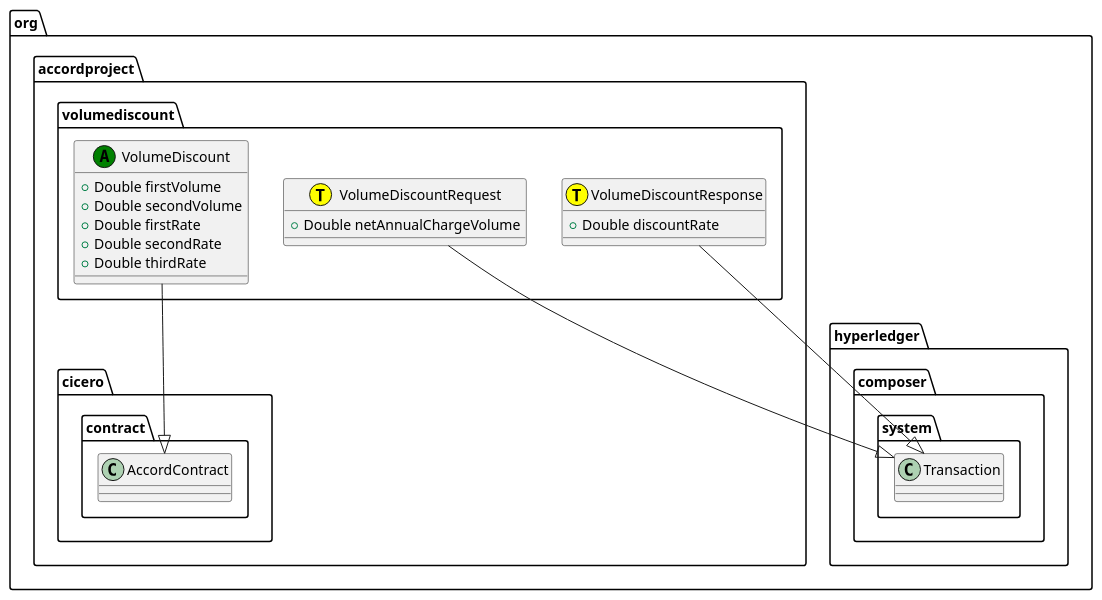
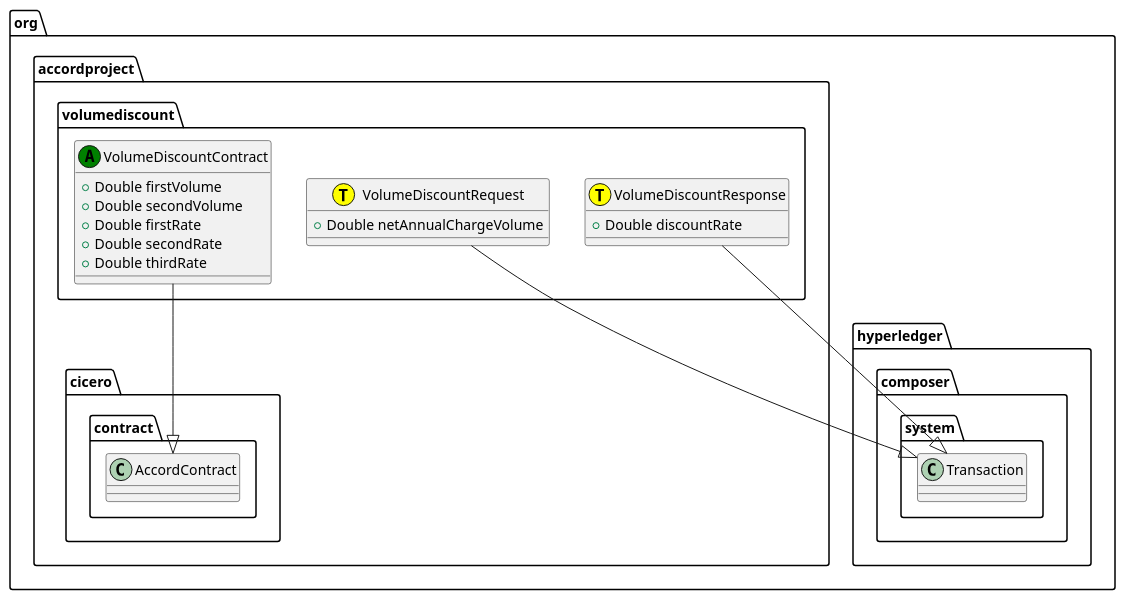
The diagram in build/volumediscount@0.2.0.puml (accordproject/cicero-template-library), drawn with PlantUML before and after one commit. The commit also changed 5 other files, not shown here.

Commit message:
(template) Add Ergo version for volume discount

```diff
--- a/build/volumediscount@0.2.0.puml
+++ b/build/volumediscount@0.2.0.puml
@@ -1,18 +1,18 @@
 @startuml
-class org.accordproject.volumediscount.VolumeDiscount << (A,green) >> {
+class org.accordproject.volumediscount.VolumeDiscountContract << (A,green) >> {
    + Double firstVolume
    + Double secondVolume
    + Double firstRate
    + Double secondRate
    + Double thirdRate
 }
-org.accordproject.volumediscount.VolumeDiscount --|> org.accordproject.cicero.contract.AccordContract
+org.accordproject.volumediscount.VolumeDiscountContract --|> org.accordproject.cicero.contract.AccordContract
 class org.accordproject.volumediscount.VolumeDiscountRequest << (T,yellow) >> {
    + Double netAnnualChargeVolume
 }
 org.accordproject.volumediscount.VolumeDiscountRequest --|> org.hyperledger.composer.system.Transaction
 class org.accordproject.volumediscount.VolumeDiscountResponse << (T,yellow) >> {
    + Double discountRate
 }
 org.accordproject.volumediscount.VolumeDiscountResponse --|> org.hyperledger.composer.system.Transaction
 @enduml
```
